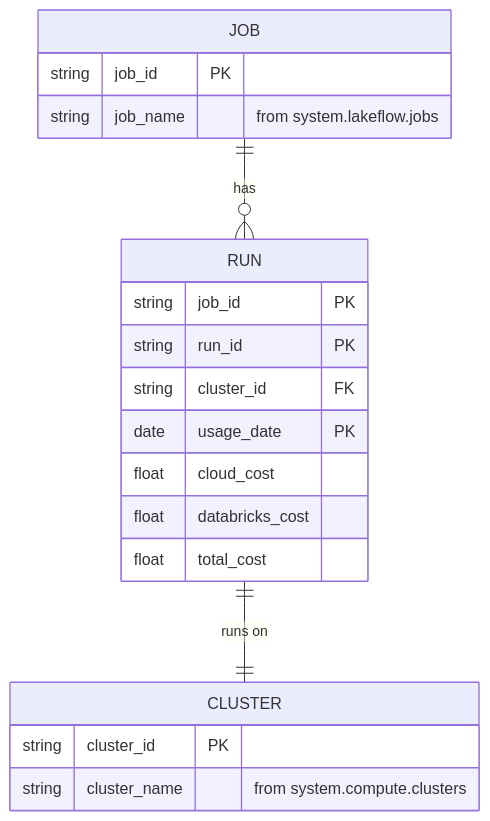
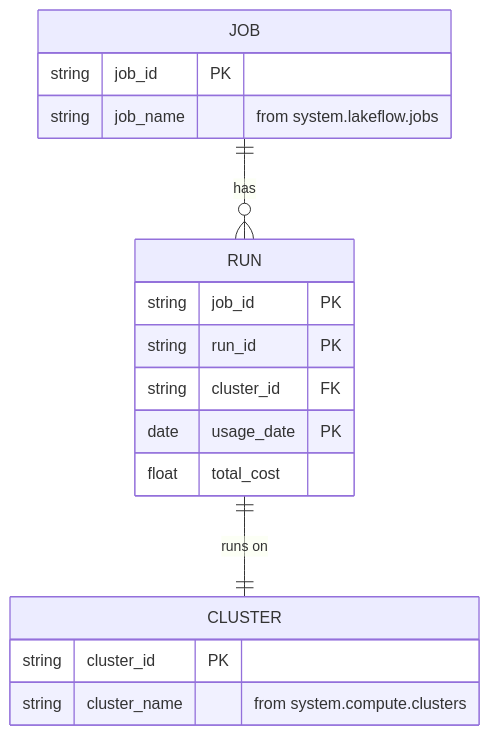
Before and after one commit to AdityaMandiwal/DBSPEND360: the second of 6 diagrams in docs/data_model.md, drawn with Mermaid. The commit also changed other lines of this file and 1 other file, not shown here.

````diff
--- a/docs/data_model.md
+++ b/docs/data_model.md
@@ -156,22 +89,20 @@
 ```mermaid
 erDiagram
     JOB ||--o{ RUN : "has"
     RUN ||--|| CLUSTER : "runs on"
     RUN {
         string job_id PK
         string run_id PK
         string cluster_id FK
         date usage_date PK
-        float cloud_cost
-        float databricks_cost
         float total_cost
     }
     JOB {
         string job_id PK
         string job_name "from system.lakeflow.jobs"
     }
     CLUSTER {
         string cluster_id PK
         string cluster_name "from system.compute.clusters"
     }
 ```
````
